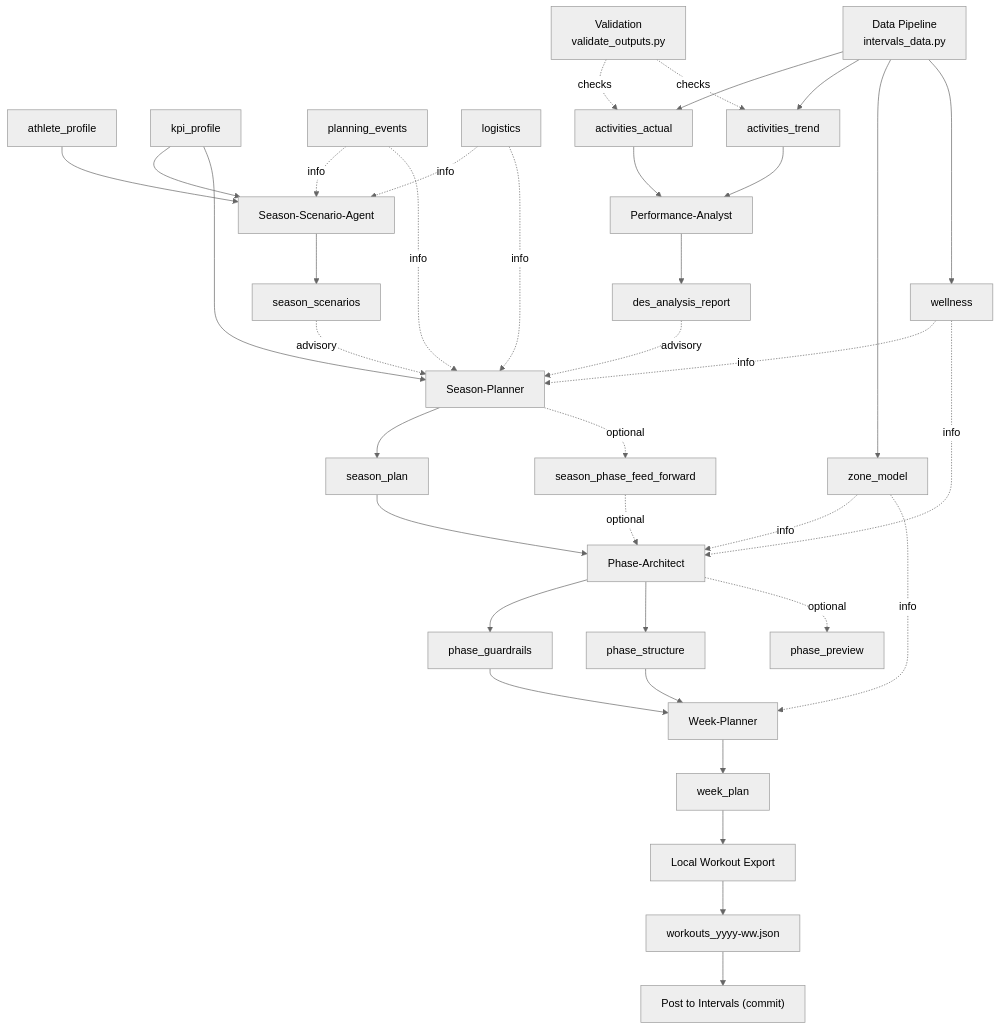
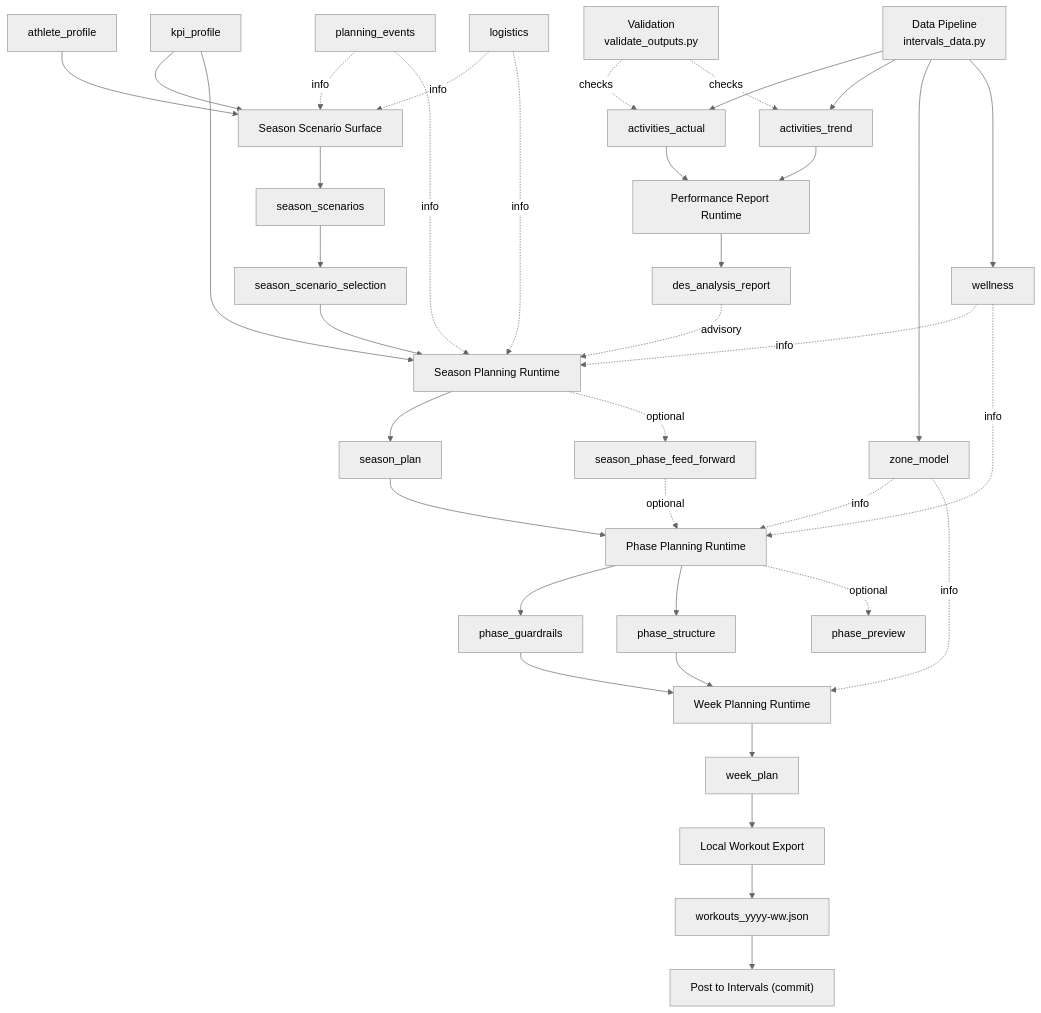
The first of 4 diagrams in doc/architecture/system_architecture.md (albauer-priv/RPS), drawn with Mermaid (neutral theme) before and after one commit. The commit also changed other lines of this file and 5 other files, not shown here.

Commit message:
docs: update crewai skills and planning architecture

````diff
--- a/doc/architecture/system_architecture.md
+++ b/doc/architecture/system_architecture.md
@@ -39,42 +33,43 @@
 ```mermaid
 flowchart TD
-  AP[athlete_profile] --> SS["Season-Scenario-Agent"]
+  AP[athlete_profile] --> SS["Season Scenario Surface"]
   KP[kpi_profile] --> SS
   SS --> SC[season_scenarios]
-  SC -. advisory .-> MA["Season-Planner"]
+  SC --> SEL[season_scenario_selection]
+  SEL --> MA["Season Planning Runtime"]
   KP --> MA
   PE[planning_events] -. info .-> SS
   LG[logistics] -. info .-> SS
   PE -. info .-> MA
   LG -. info .-> MA
   MA --> MO[season_plan]
   MA -. optional .-> SPFF[season_phase_feed_forward]
 
-  MO --> ME["Phase-Architect"]
+  MO --> ME["Phase Planning Runtime"]
   SPFF -. optional .-> ME
   ME --> BG[phase_guardrails]
   ME --> BEA[phase_structure]
   ME -. optional .-> BEP[phase_preview]
 
-  BG --> MI["Week-Planner"]
+  BG --> MI["Week Planning Runtime"]
   BEA --> MI
   MI --> WP[week_plan]
   WP --> WB["Local Workout Export"]
   WB --> WJ["workouts_yyyy-ww.json"]
   WJ --> POST["Post to Intervals (commit)"]
 
   DP["Data Pipeline<br>intervals_data.py"] --> AA[activities_actual]
   DP --> AT[activities_trend]
   DP --> ZM[zone_model]
   DP --> WL[wellness]
   VA["Validation\nvalidate_outputs.py"] -. checks .-> AA
   VA -. checks .-> AT
-  AA --> PA["Performance-Analyst"]
+  AA --> PA["Performance Report Runtime"]
   AT --> PA
   ZM -. info .-> ME
   ZM -. info .-> MI
   WL -. info .-> MA
   WL -. info .-> ME
   PA --> DR[des_analysis_report]
   DR -. advisory .-> MA
 ```
````
